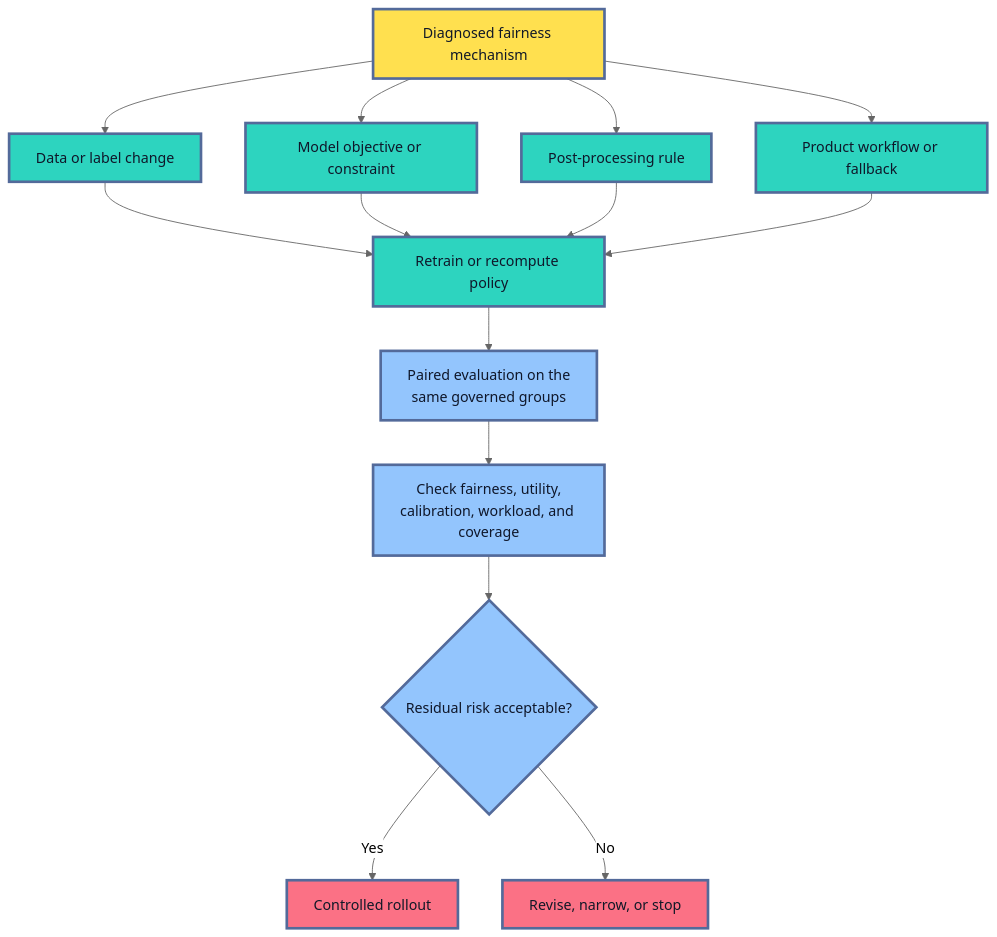
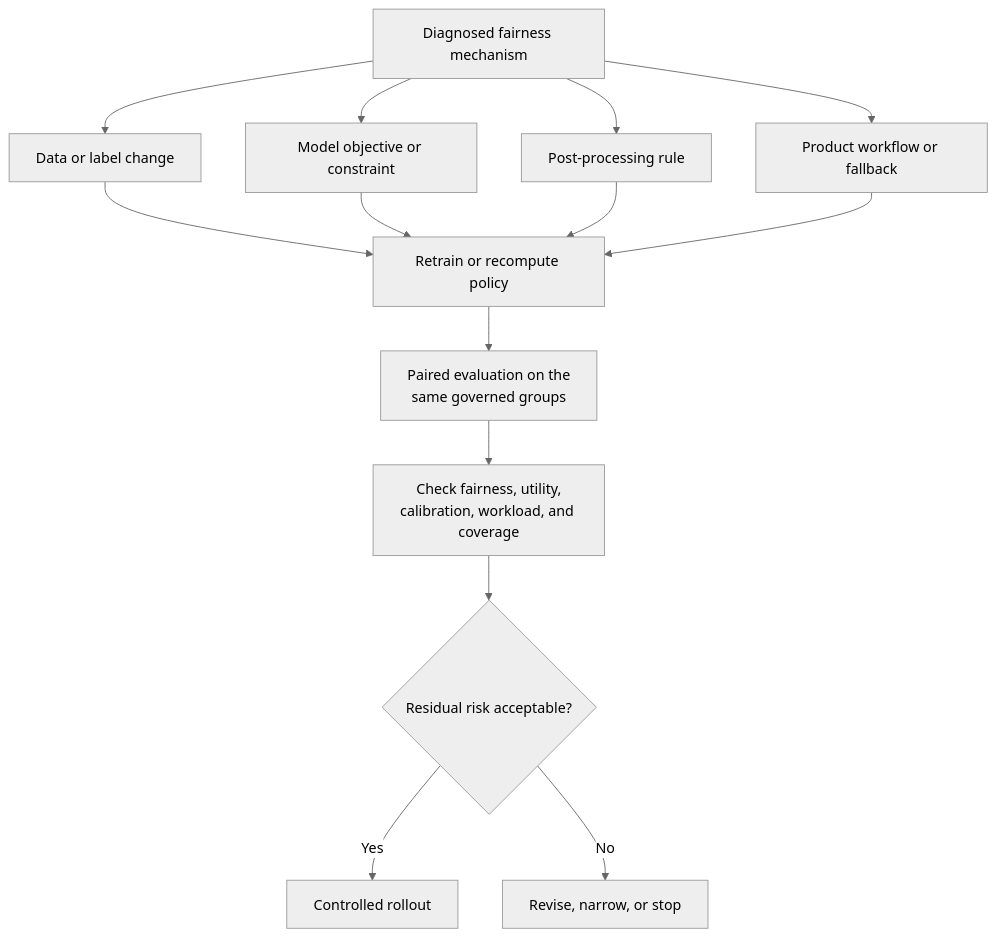
Diagram 11 of 14 in roadmaps/mlops/modules/model-evaluation/production-readiness/02-bias-fairness-responsible-evaluation.md (senlinyy/dev-roadmaps), drawn with Mermaid (neutral theme) before and after one commit. The commit also changed other lines of this file and 152 other files, not shown here.

Commit message:
feat: mlops and diagrams updated

````diff
--- a/roadmaps/mlops/modules/model-evaluation/production-readiness/02-bias-fairness-responsible-evaluation.md
+++ b/roadmaps/mlops/modules/model-evaluation/production-readiness/02-bias-fairness-responsible-evaluation.md
@@ -743,25 +710,21 @@
 ```mermaid
 flowchart TD
     A["Diagnosed fairness mechanism"] --> B["Data or label change"]
     A --> C["Model objective or constraint"]
     A --> D["Post-processing rule"]
     A --> E["Product workflow or fallback"]
     B --> F["Retrain or recompute policy"]
     C --> F
     D --> F
     E --> F
     F --> G["Paired evaluation on the<br/>same governed groups"]
     G --> H["Check fairness, utility,<br/>calibration, workload, and coverage"]
     H --> I{"Residual risk acceptable?"}
     I -->|"Yes"| J["Controlled rollout"]
     I -->|"No"| K["Revise, narrow, or stop"]
 
-    classDef cause fill:#FFE04F,stroke:#536A9A,stroke-width:3px,color:#111827
-    classDef mitigation fill:#2DD4BF,stroke:#536A9A,stroke-width:3px,color:#0F172A
-    classDef verify fill:#93C5FD,stroke:#536A9A,stroke-width:3px,color:#0F172A
-    classDef decision fill:#FB7185,stroke:#536A9A,stroke-width:3px,color:#111827
     class A cause
     class B,C,D,E,F mitigation
     class G,H,I verify
     class J,K decision
 ```
````
